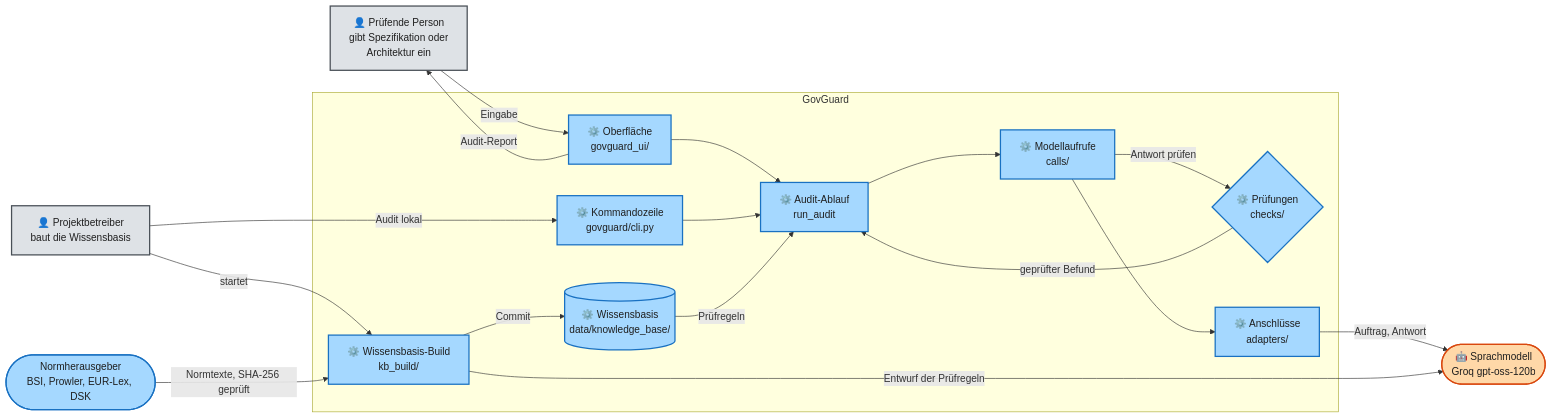
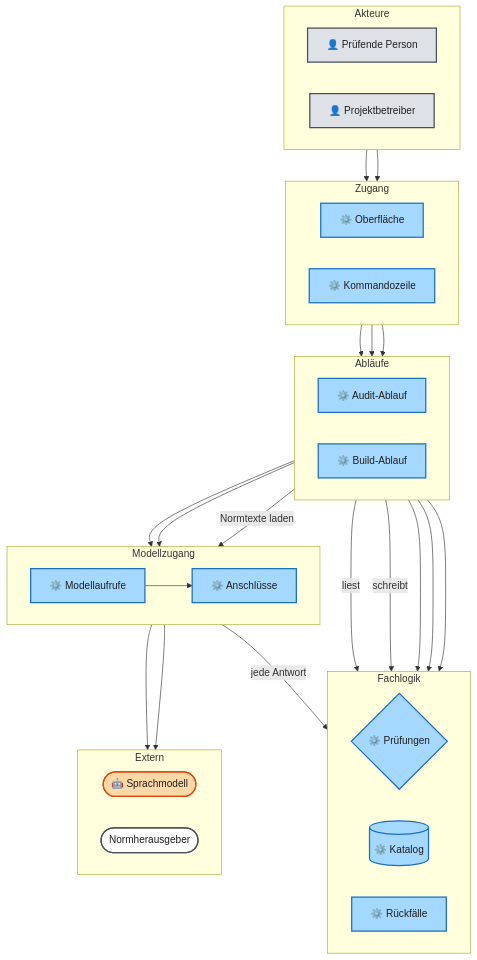
One commit to Daniel74/GovGuard changed the first of 22 diagrams in docs/ARCHITECTURE.md. Above: the diagram before and after it, drawn with Mermaid. The commit also changed other lines of this file and 9 other files, not shown here.

Commit message:
#73 ARCHITECTURE.md als 4+1 nach Kruchten - first version

````diff
--- a/docs/ARCHITECTURE.md
+++ b/docs/ARCHITECTURE.md
@@ -67,34 +164,50 @@
 ```mermaid
-flowchart LR
-  P["👤 Prüfende Person<br/>gibt Spezifikation oder<br/>Architektur ein"]:::human
-  B["👤 Projektbetreiber<br/>baut die Wissensbasis"]:::human
-  subgraph GG["GovGuard"]
-    UI["⚙️ Oberfläche<br/>govguard_ui/"]:::code
-    CLI["⚙️ Kommandozeile<br/>govguard/cli.py"]:::code
-    AE["⚙️ Audit-Ablauf<br/>run_audit"]:::code
-    MC["⚙️ Modellaufrufe<br/>calls/"]:::code
-    CH{"⚙️ Prüfungen<br/>checks/"}:::code
-    KB[("⚙️ Wissensbasis<br/>data/knowledge_base/")]:::code
-    AD["⚙️ Anschlüsse<br/>adapters/"]:::code
-    BU["⚙️ Wissensbasis-Build<br/>kb_build/"]:::code
+flowchart TB
+  subgraph L0["Akteure"]
+    direction LR
+    P["👤 Prüfende Person"]:::human
+    B["👤 Projektbetreiber"]:::human
   end
-  M(["🤖 Sprachmodell<br/>Groq gpt-oss-120b"]):::llm
-  N(["Normherausgeber<br/>BSI, Prowler, EUR-Lex, DSK"]):::code
-  P -->|"Eingabe"| UI
-  UI -->|"Audit-Report"| P
-  UI --> AE
-  B -->|"Audit lokal"| CLI --> AE
-  KB -->|"Prüfregeln"| AE
-  AE --> MC
-  MC -->|"Antwort prüfen"| CH
-  CH -->|"geprüfter Befund"| AE
-  MC --> AD
-  AD -->|"Auftrag, Antwort"| M
-  B -->|"startet"| BU
-  N -->|"Normtexte, SHA-256 geprüft"| BU
-  BU -->|"Entwurf der Prüfregeln"| M
-  BU -->|"Commit"| KB
+  subgraph L1["Zugang"]
+    direction LR
+    UI["⚙️ Oberfläche"]:::code
+    CLI["⚙️ Kommandozeile"]:::code
+  end
+  subgraph L2["Abläufe"]
+    direction LR
+    AU["⚙️ Audit-Ablauf"]:::code
+    BU["⚙️ Build-Ablauf"]:::code
+  end
+  subgraph L3["Fachlogik"]
+    direction LR
+    GA{"⚙️ Prüfungen"}:::code
+    KA[("⚙️ Katalog")]:::code
+    RF["⚙️ Rückfälle"]:::code
+  end
+  subgraph L4["Modellzugang"]
+    direction LR
+    MA["⚙️ Modellaufrufe"]:::code
+    AN["⚙️ Anschlüsse"]:::code
+  end
+  subgraph L5["Extern"]
+    direction LR
+    M(["🤖 Sprachmodell"]):::llm
+    N(["Normherausgeber"]):::ext
+  end
+  P --> UI
+  B --> CLI
+  UI --> AU
+  CLI --> AU & BU
+  AU -->|"liest"| KA
+  BU -->|"schreibt"| KA
+  AU --> GA & RF & MA
+  BU --> GA & MA
+  MA -->|"jede Antwort"| GA
+  MA --> AN
+  BU -->|"Normtexte laden"| AN
+  AN --> M & N
   classDef llm fill:#ffd8a8,stroke:#d9480f,color:#1f1f1f,stroke-width:2px
   classDef code fill:#a5d8ff,stroke:#1971c2,color:#1f1f1f,stroke-width:2px
   classDef human fill:#dee2e6,stroke:#495057,color:#1f1f1f,stroke-width:2px
+  classDef ext fill:#ffffff,stroke:#495057,color:#1f1f1f,stroke-width:2px
 ```
````
